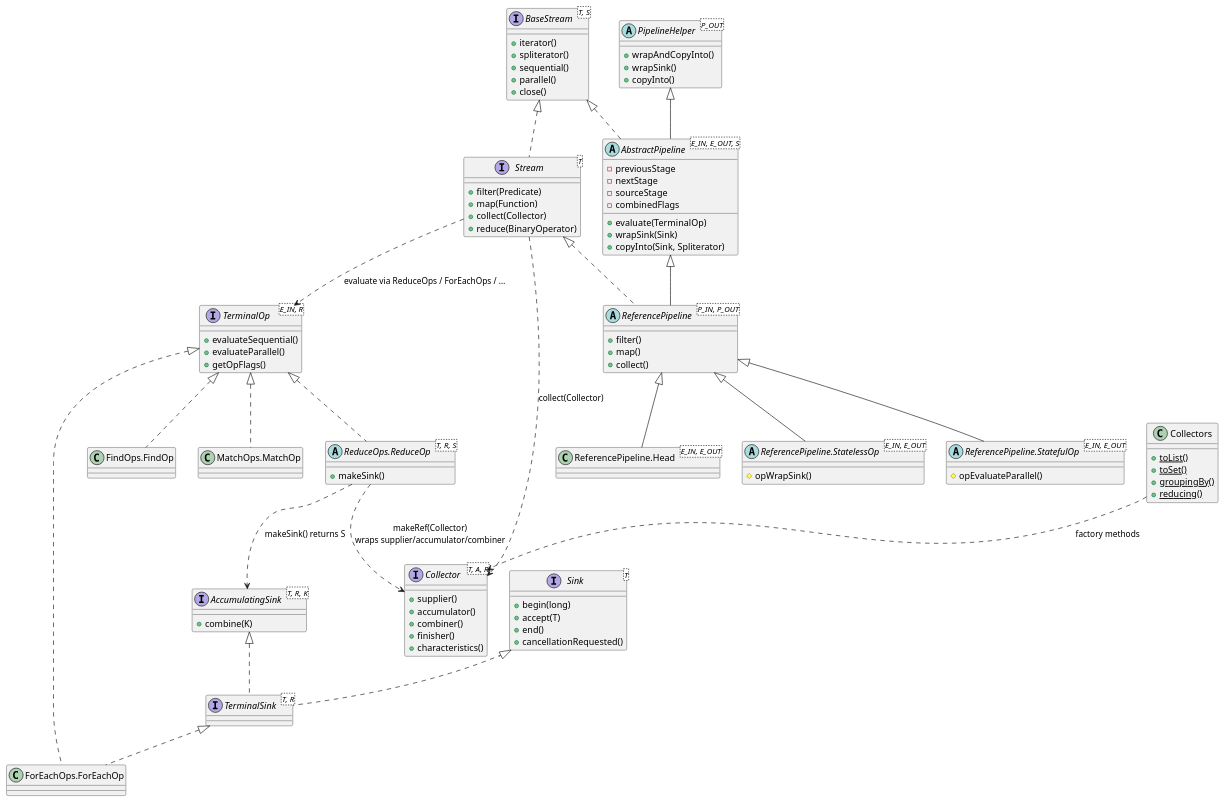
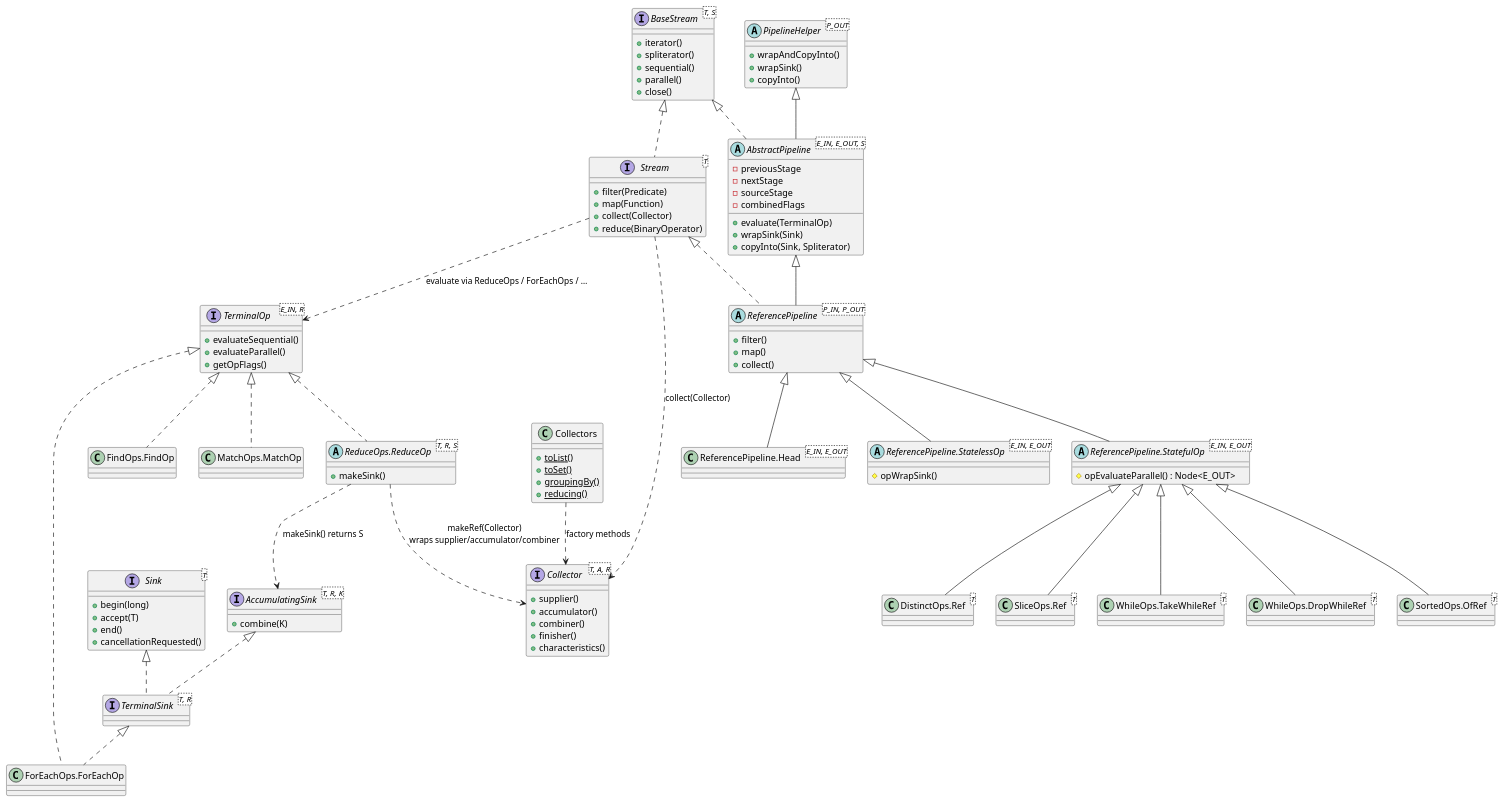
One commit to kevinwang930/kevinwang930.github.io changed the first of 6 diagrams in content/post/java/stream/index.md. Above: the diagram before and after it, drawn with PlantUML. The commit also changed other lines of this file, not shown here.

```diff
--- a/content/post/java/stream/index.md
+++ b/content/post/java/stream/index.md
@@ -97,8 +97,18 @@
 }
 
 abstract class "ReferencePipeline.StatefulOp<E_IN, E_OUT>" as StatefulOp {
-    # opEvaluateParallel()
+    # opEvaluateParallel() : Node<E_OUT>
 }
+
+class "SortedOps.OfRef<T>" as SortedOfRef
+
+class "DistinctOps.Ref<T>" as DistinctRef
+
+class "SliceOps.Ref<T>" as SliceRef
+
+class "WhileOps.TakeWhileRef<T>" as TakeWhileRef
+
+class "WhileOps.DropWhileRef<T>" as DropWhileRef
 
 class "ReferencePipeline.Head<E_IN, E_OUT>" as Head
 
@@ -152,6 +162,13 @@
 ReferencePipeline <|-- StatelessOp
 ReferencePipeline <|-- StatefulOp
 ReferencePipeline <|-- Head
+
+StatefulOp <|-- SortedOfRef
+StatefulOp <|-- DistinctRef
+StatefulOp <|-- SliceRef
+StatefulOp <|-- TakeWhileRef
+StatefulOp <|-- DropWhileRef
+
 Sink <|.. TerminalSink
 AccumulatingSink <|.. TerminalSink
 
```
